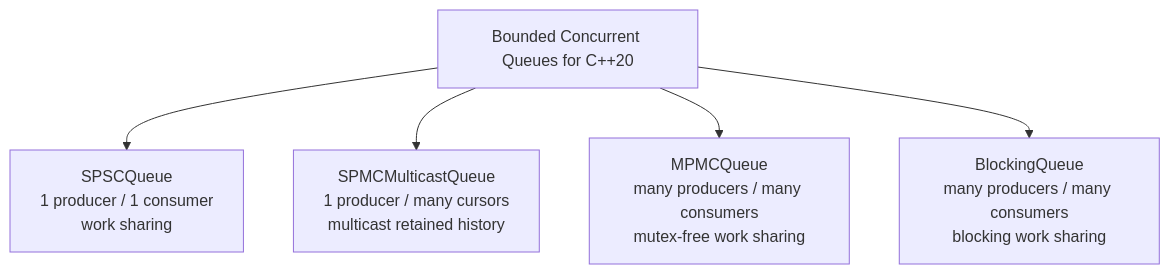
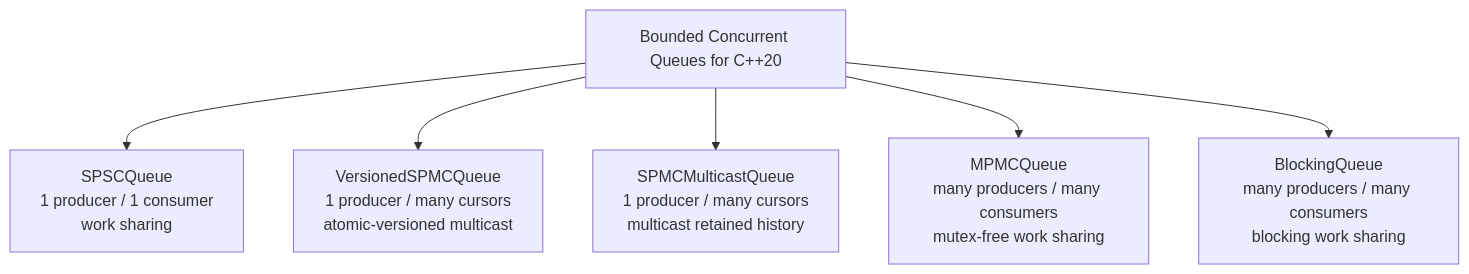
The first of 6 diagrams in README.md (suhaasgaddala/Line64), drawn with Mermaid before and after one commit. The commit also changed other lines of this file and 11 other files, not shown here.

First line of the commit message:
Port OrbitQueue atomic-versioned SPMC path

````diff
--- a/README.md
+++ b/README.md
@@ -45,8 +60,9 @@
 ```mermaid
 flowchart TD
     LIB["Bounded Concurrent Queues for C++20"]
     LIB --> SPSC["SPSCQueue<br/>1 producer / 1 consumer<br/>work sharing"]
+    LIB --> VSPMC["VersionedSPMCQueue<br/>1 producer / many cursors<br/>atomic-versioned multicast"]
     LIB --> SPMC["SPMCMulticastQueue<br/>1 producer / many cursors<br/>multicast retained history"]
     LIB --> MPMC["MPMCQueue<br/>many producers / many consumers<br/>mutex-free work sharing"]
     LIB --> BLOCK["BlockingQueue<br/>many producers / many consumers<br/>blocking work sharing"]
 ```
````
